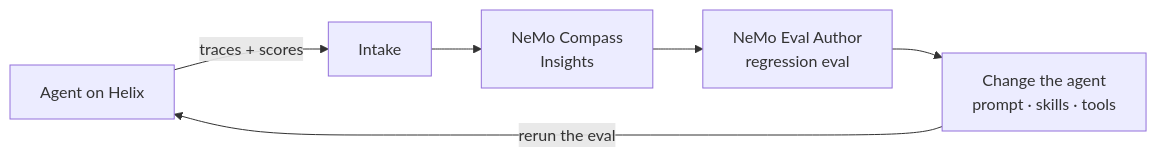
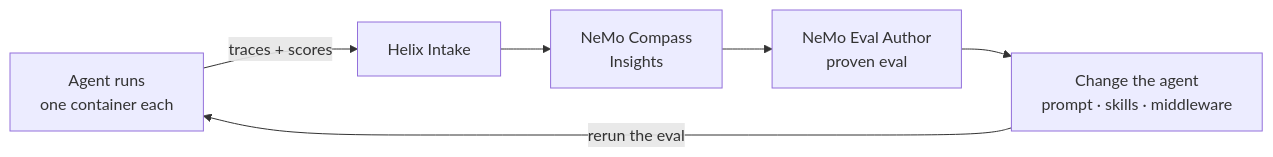
The diagram in examples/tools/cae-freecad-agent-harness-optimization/README.md (NVIDIA/nemoclaw-community), drawn with Mermaid before and after one commit. The commit also changed other lines of this file and 2 other files, not shown here.

First line of the commit message:
fix(tools): publish no IoU for a run the verifier could not measure

````diff
--- a/examples/tools/cae-freecad-agent-harness-optimization/README.md
+++ b/examples/tools/cae-freecad-agent-harness-optimization/README.md
@@ -68,8 +64,8 @@
 ```mermaid
 flowchart LR
-  A[Agent on Helix] -->|traces + scores| B[Intake]
+  A[Agent runs<br/>one container each] -->|traces + scores| B[Helix Intake]
   B --> C[NeMo Compass<br/>Insights]
-  C --> D[NeMo Eval Author<br/>regression eval]
-  D --> E[Change the agent<br/>prompt · skills · tools]
+  C --> D[NeMo Eval Author<br/>proven eval]
+  D --> E[Change the agent<br/>prompt · skills · middleware]
   E -->|rerun the eval| A
 ```
````
